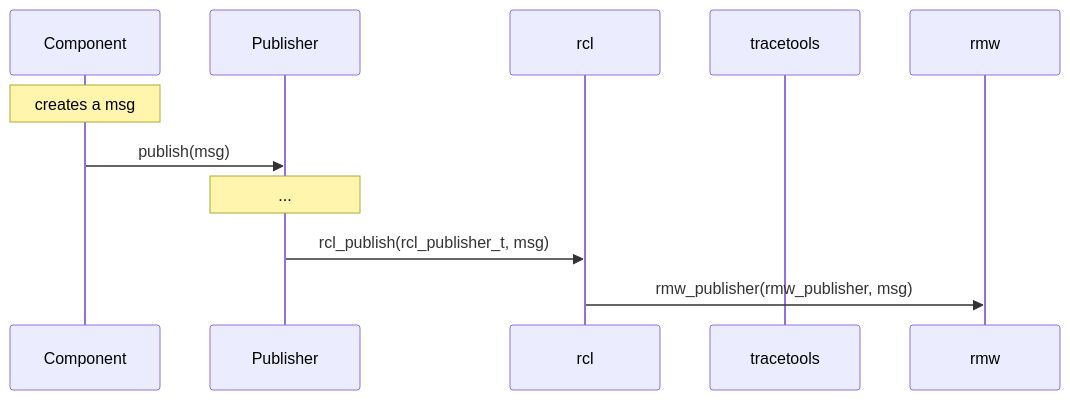
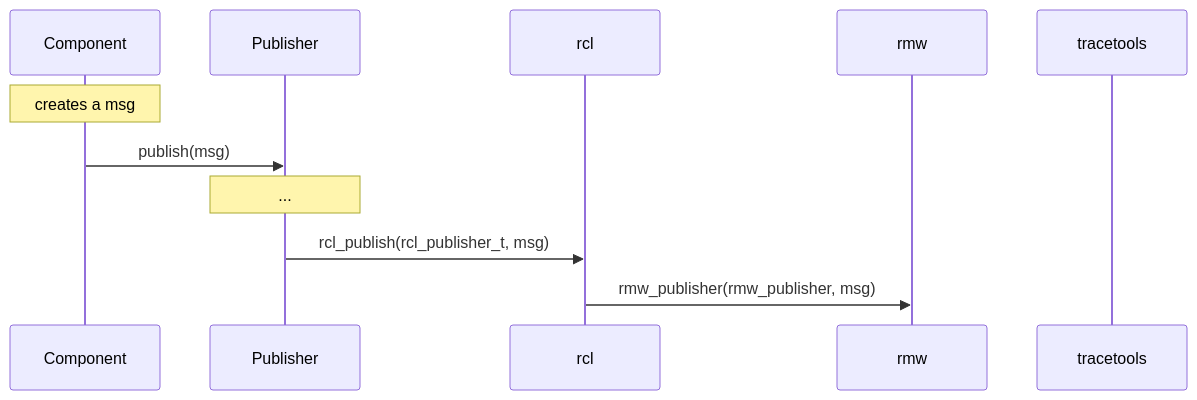
Before and after one commit to ros2/ros2_tracing: the seventh of 7 diagrams in doc/ros_2.md, drawn with Mermaid. The commit also changed other lines of this file, not shown here.

````diff
--- a/doc/ros_2.md
+++ b/doc/ros_2.md
@@ -198,13 +200,14 @@
 ```mermaid
 sequenceDiagram
     participant Component
     participant Publisher
     participant rcl
+    participant rmw
     participant tracetools
 
     Note over Component: creates a msg
     Component->>Publisher: publish(msg)
     Note over Publisher: ...
     Publisher->>rcl: rcl_publish(rcl_publisher_t, msg)
     rcl->>rmw: rmw_publisher(rmw_publisher, msg)
 ```
````
